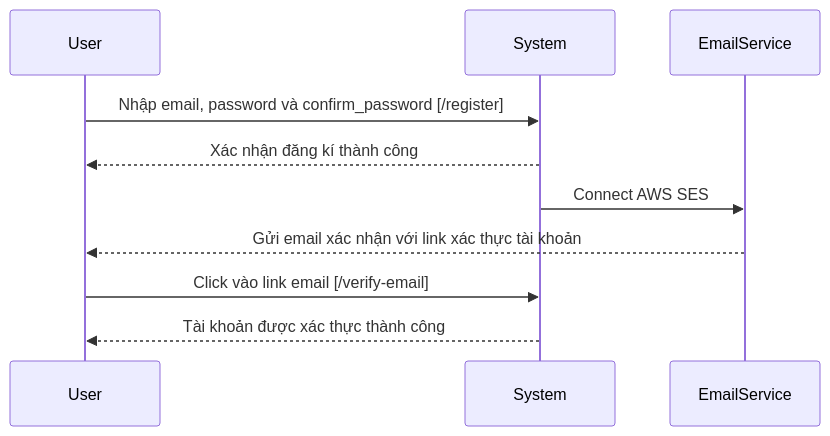
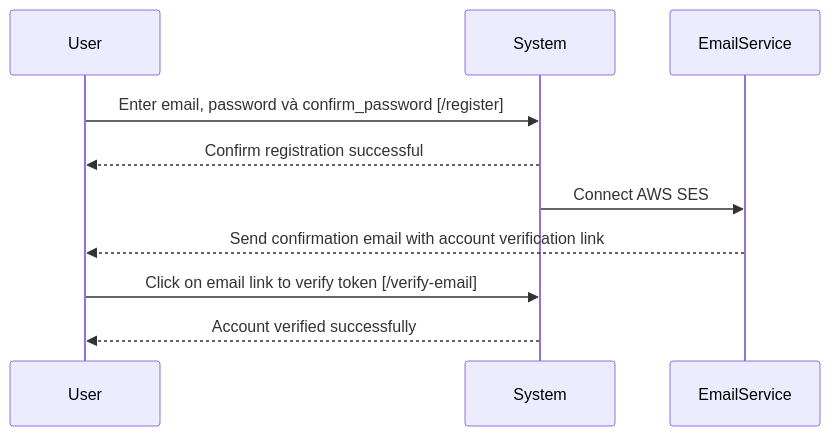
Before and after one commit to hanguyentieuyen/threads-replica: the second of 3 diagrams in document/user-authentication.md, drawn with Mermaid. The commit also changed other lines of this file and 1 other file, not shown here.

````diff
--- a/document/user-authentication.md
+++ b/document/user-authentication.md
@@ -20,13 +20,13 @@
 ```mermaid
 sequenceDiagram
     participant User
     participant System
     participant EmailService
 
-    User->>System: Nhập email, password và confirm_password [/register]
-    System-->>User: Xác nhận đăng kí thành công
+    User->>System: Enter email, password và confirm_password [/register]
+    System-->>User: Confirm registration successful
     System->>EmailService: Connect AWS SES
-    EmailService-->>User: Gửi email xác nhận với link xác thực tài khoản
-    User->>System: Click vào link email [/verify-email]
-    System-->>User: Tài khoản được xác thực thành công
+    EmailService-->>User: Send confirmation email with account verification link
+    User->>System: Click on email link to verify token [/verify-email]
+    System-->>User: Account verified successfully
 ```
````
